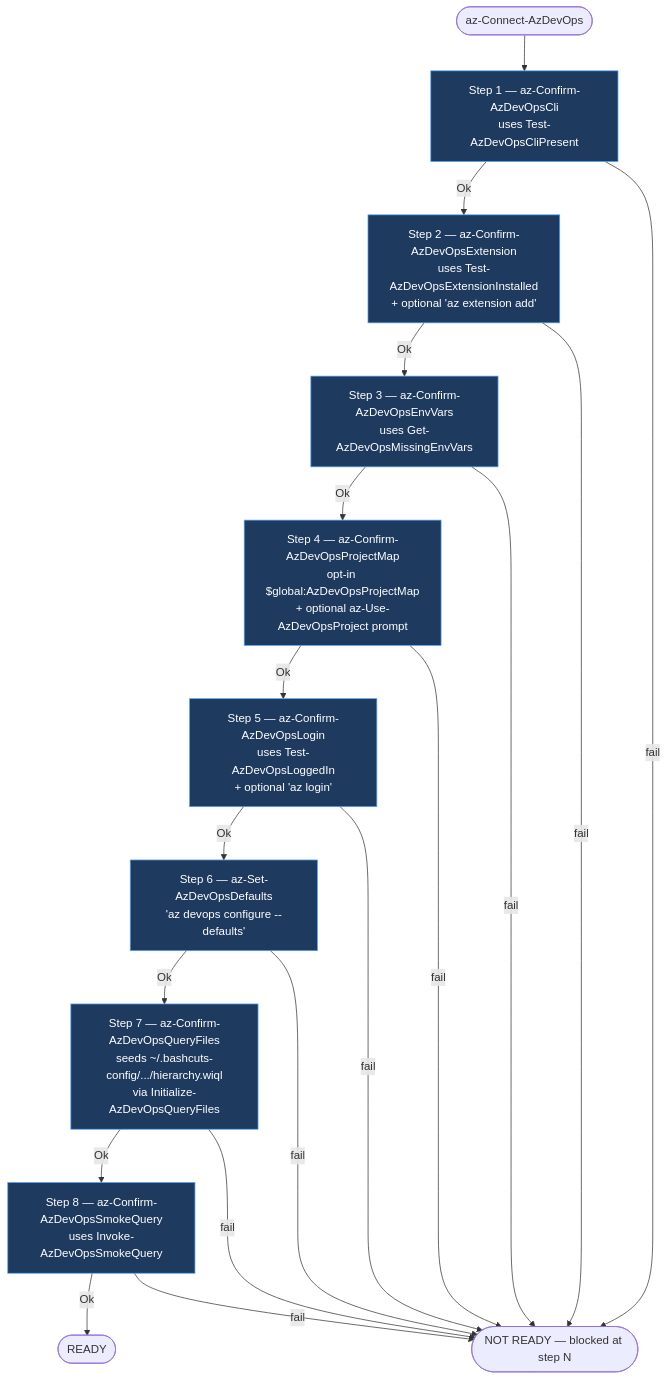
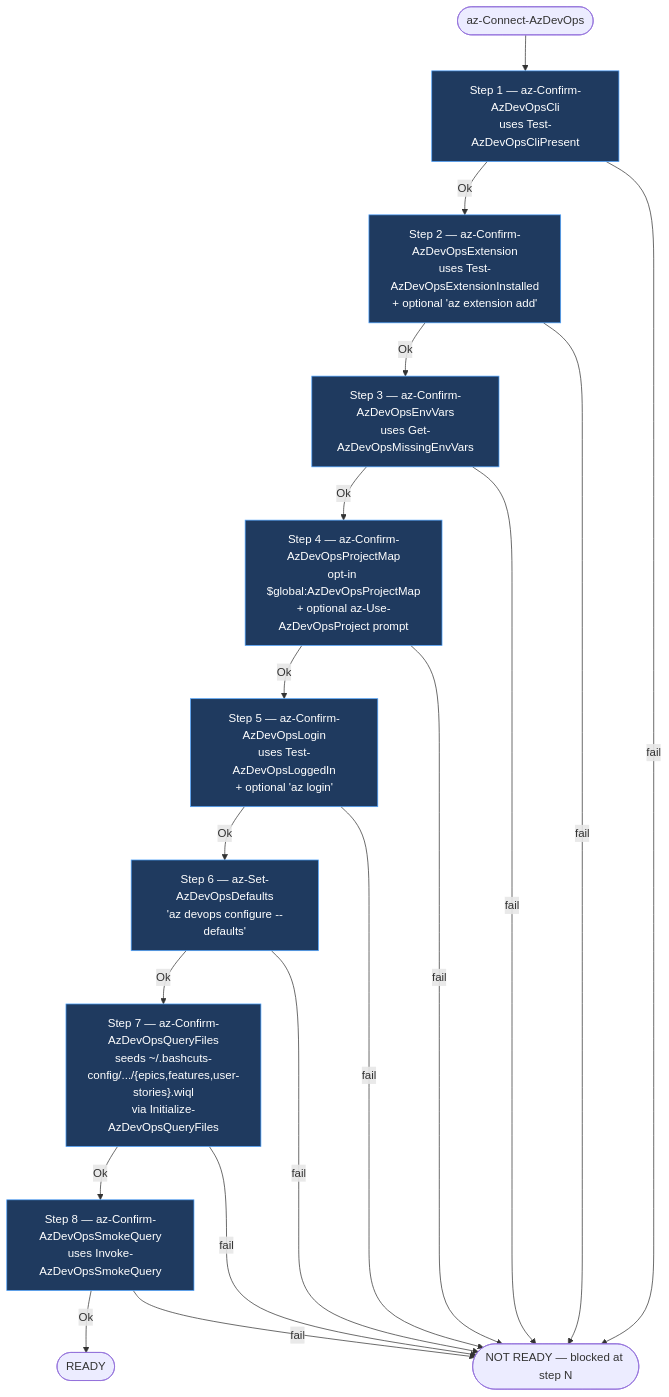
Before and after one commit to jdschleicher/bashcuts: the second of 12 diagrams in docs/azure-devops-diagrams.md, drawn with Mermaid. The commit also changed other lines of this file and 2 other files, not shown here.

First line of the commit message:
fix: build hierarchy from three per-tier WIQLs filtered by area

````diff
--- a/docs/azure-devops-diagrams.md
+++ b/docs/azure-devops-diagrams.md
@@ -114,37 +114,37 @@
 ```mermaid
 flowchart TD
     Start([az-Connect-AzDevOps]) --> S1
 
     S1["Step 1 — az-Confirm-AzDevOpsCli<br/>uses Test-AzDevOpsCliPresent"]
     S2["Step 2 — az-Confirm-AzDevOpsExtension<br/>uses Test-AzDevOpsExtensionInstalled<br/>+ optional 'az extension add'"]
     S3["Step 3 — az-Confirm-AzDevOpsEnvVars<br/>uses Get-AzDevOpsMissingEnvVars"]
     S4["Step 4 — az-Confirm-AzDevOpsProjectMap<br/>opt-in $global:AzDevOpsProjectMap<br/>+ optional az-Use-AzDevOpsProject prompt"]
     S5["Step 5 — az-Confirm-AzDevOpsLogin<br/>uses Test-AzDevOpsLoggedIn<br/>+ optional 'az login'"]
     S6["Step 6 — az-Set-AzDevOpsDefaults<br/>'az devops configure --defaults'"]
-    S7["Step 7 — az-Confirm-AzDevOpsQueryFiles<br/>seeds ~/.bashcuts-config/.../hierarchy.wiql<br/>via Initialize-AzDevOpsQueryFiles"]
+    S7["Step 7 — az-Confirm-AzDevOpsQueryFiles<br/>seeds ~/.bashcuts-config/.../{epics,features,user-stories}.wiql<br/>via Initialize-AzDevOpsQueryFiles"]
     S8["Step 8 — az-Confirm-AzDevOpsSmokeQuery<br/>uses Invoke-AzDevOpsSmokeQuery"]
 
     Ready([READY])
     NotReady([NOT READY — blocked at step N])
 
     S1 -- Ok --> S2
     S2 -- Ok --> S3
     S3 -- Ok --> S4
     S4 -- Ok --> S5
     S5 -- Ok --> S6
     S6 -- Ok --> S7
     S7 -- Ok --> S8
     S8 -- Ok --> Ready
 
     S1 -- fail --> NotReady
     S2 -- fail --> NotReady
     S3 -- fail --> NotReady
     S4 -- fail --> NotReady
     S5 -- fail --> NotReady
     S6 -- fail --> NotReady
     S7 -- fail --> NotReady
     S8 -- fail --> NotReady
 
     classDef step fill:#1f3a5f,stroke:#4ea3ff,color:#fff
     class S1,S2,S3,S4,S5,S6,S7,S8 step
 ```
````
